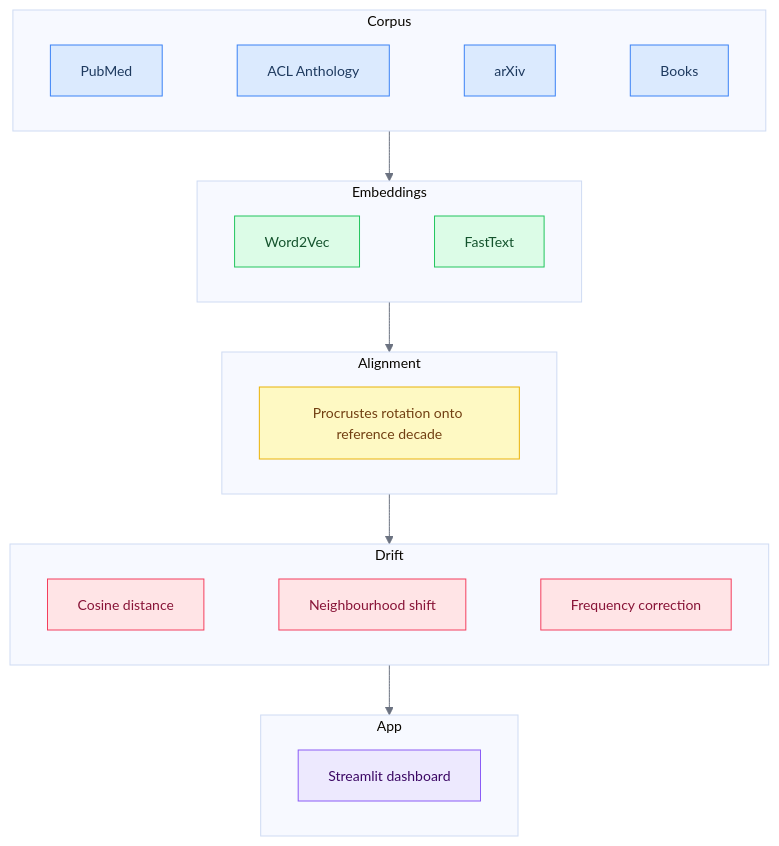
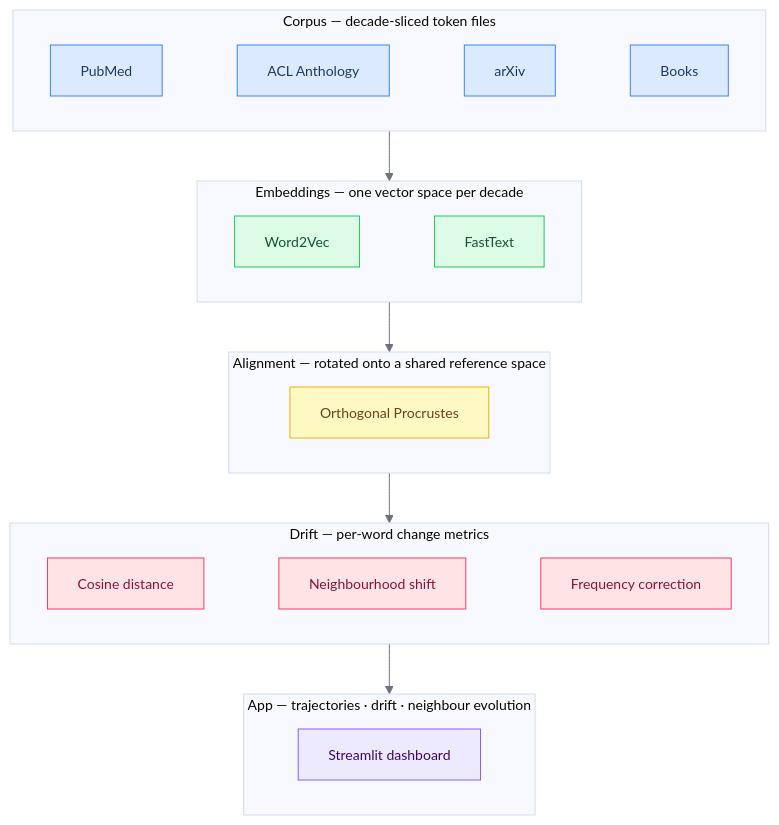
The diagram in README.md (Dovalization/interpretant), drawn with Mermaid before and after one commit. The commit also changed other lines of this file and 1 other file, not shown here.

Commit message:
docs(readme): editorial pass — condense corpus/stack/theory sections, embed list into diagram

````diff
--- a/README.md
+++ b/README.md
@@ -52,42 +46,42 @@
 ```mermaid
 %%{init: {'theme': 'base', 'themeVariables': {'fontSize': '14px', 'lineColor': '#6b7280', 'edgeLabelBackground': '#ffffff'}}}%%
 flowchart TD
     classDef corpus  fill:#dbeafe,stroke:#3b82f6,color:#1e3a5f
     classDef embed   fill:#dcfce7,stroke:#22c55e,color:#14532d
     classDef align   fill:#fef9c3,stroke:#eab308,color:#713f12
     classDef drift   fill:#ffe4e6,stroke:#f43f5e,color:#881337
     classDef app     fill:#ede9fe,stroke:#8b5cf6,color:#3b0764
 
-    subgraph corpus["Corpus"]
+    subgraph corpus["Corpus — decade-sliced token files"]
         direction LR
         C1[PubMed] ~~~ C2[ACL Anthology] ~~~ C3[arXiv] ~~~ C4[Books]
     end
 
-    subgraph embed["Embeddings"]
+    subgraph embed["Embeddings — one vector space per decade"]
         direction LR
         E1[Word2Vec] ~~~ E2[FastText]
     end
 
-    subgraph align["Alignment"]
+    subgraph align["Alignment — rotated onto a shared reference space"]
         direction LR
-        A1[Procrustes rotation onto reference decade]
+        A1[Orthogonal Procrustes]
     end
 
-    subgraph drift["Drift"]
+    subgraph drift["Drift — per-word change metrics"]
         direction LR
         D1[Cosine distance] ~~~ D2[Neighbourhood shift] ~~~ D3[Frequency correction]
     end
 
-    subgraph app["App"]
+    subgraph app["App — trajectories · drift · neighbour evolution"]
         direction LR
         P1[Streamlit dashboard]
     end
 
     corpus --> embed --> align --> drift --> app
 
     class C1,C2,C3,C4 corpus
     class E1,E2 embed
     class A1 align
     class D1,D2,D3 drift
     class P1 app
 ```
````
